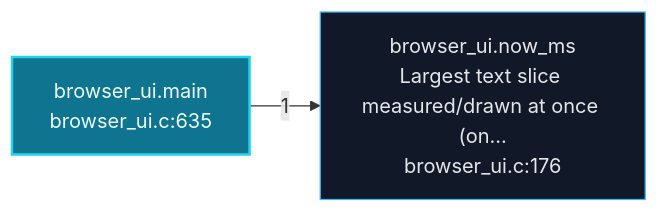
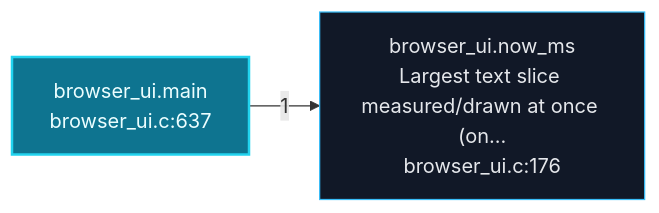
Before and after one commit to grisuno/FreeDom: the second of 6 diagrams in readmenator-apidocs/architecture.md, drawn with Mermaid. The commit also changed other lines of this file and 126 other files, not shown here.

````diff
--- a/readmenator-apidocs/architecture.md
+++ b/readmenator-apidocs/architecture.md
@@ -103,8 +103,8 @@
 ```mermaid
 flowchart LR
     classDef default fill:#111827,stroke:#38bdf8,color:#e5e7eb;
     classDef entry fill:#0e7490,stroke:#22d3ee,color:#ecfeff,stroke-width:2px;
-    n_gui_browser_ui_c__main["browser_ui.main<br/>browser_ui.c:635"]:::entry
+    n_gui_browser_ui_c__main["browser_ui.main<br/>browser_ui.c:637"]:::entry
     n_gui_browser_ui_c__now_ms["browser_ui.now_ms<br/>Largest text slice measured/drawn at once (on...<br/>browser_ui.c:176"]:::default
     n_gui_browser_ui_c__main -->|"1"| n_gui_browser_ui_c__now_ms
 ```
````
